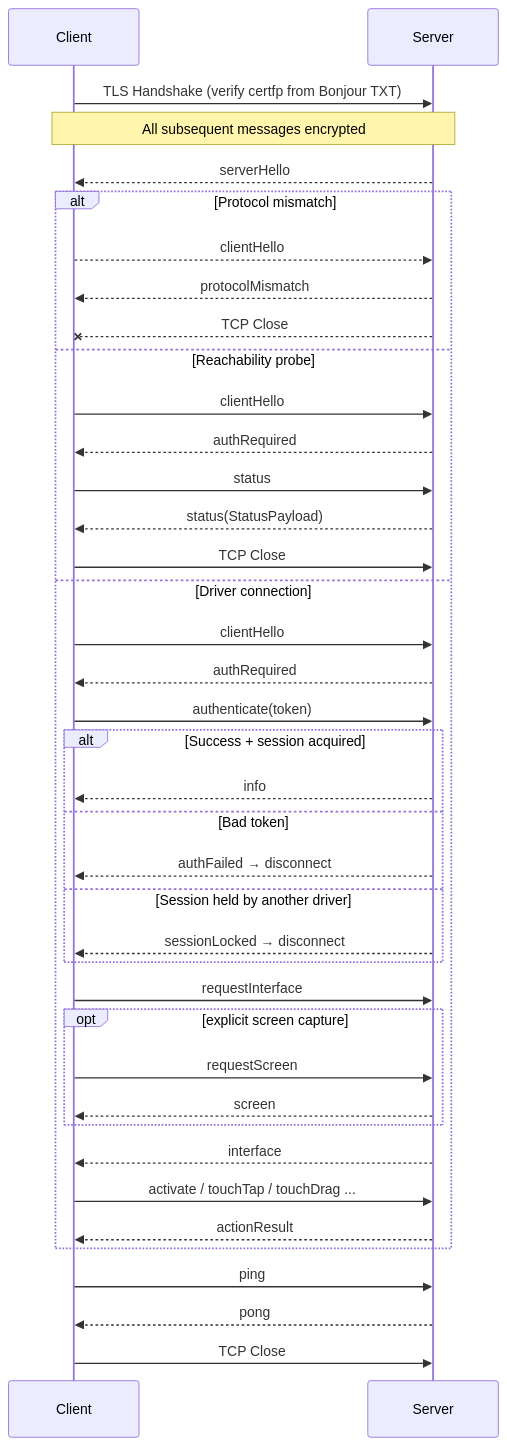
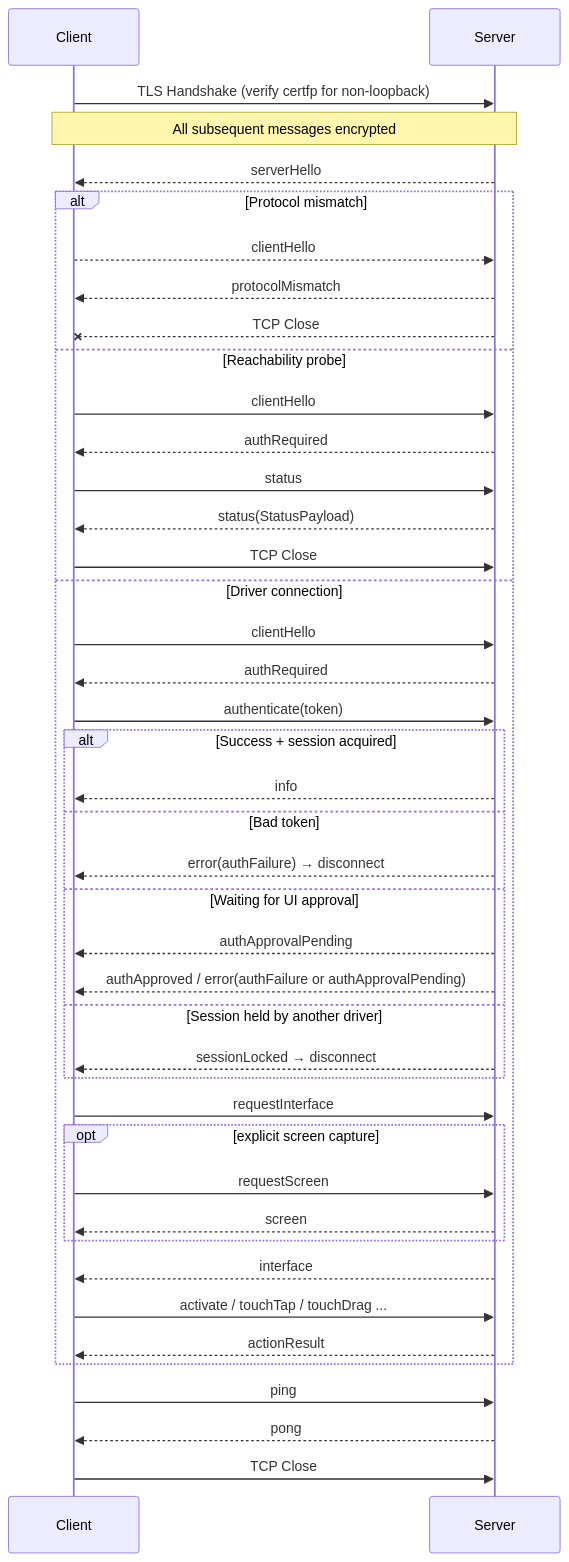
One commit to RoyalPineapple/TheButtonHeist changed the first of 5 diagrams in docs/WIRE-PROTOCOL.md. Above: the diagram before and after it, drawn with Mermaid. The commit also changed other lines of this file and 36 other files, not shown here.

````diff
--- a/docs/WIRE-PROTOCOL.md
+++ b/docs/WIRE-PROTOCOL.md
@@ -51,48 +55,51 @@
 ```mermaid
 sequenceDiagram
     participant Client
     participant Server
 
-    Client->>Server: TLS Handshake (verify certfp from Bonjour TXT)
+    Client->>Server: TLS Handshake (verify certfp for non-loopback)
     Note over Client,Server: All subsequent messages encrypted
     Server-->>Client: serverHello
 
     alt Protocol mismatch
         Client-->>Server: clientHello
         Server-->>Client: protocolMismatch
         Server--xClient: TCP Close
     else Reachability probe
         Client->>Server: clientHello
         Server-->>Client: authRequired
         Client->>Server: status
         Server-->>Client: status(StatusPayload)
         Client->>Server: TCP Close
     else Driver connection
         Client->>Server: clientHello
         Server-->>Client: authRequired
         Client->>Server: authenticate(token)
 
         alt Success + session acquired
             Server-->>Client: info
         else Bad token
-            Server-->>Client: authFailed → disconnect
+            Server-->>Client: error(authFailure) → disconnect
+        else Waiting for UI approval
+            Server-->>Client: authApprovalPending
+            Server-->>Client: authApproved / error(authFailure or authApprovalPending)
         else Session held by another driver
             Server-->>Client: sessionLocked → disconnect
         end
 
         Client->>Server: requestInterface
         opt explicit screen capture
             Client->>Server: requestScreen
             Server-->>Client: screen
         end
         Server-->>Client: interface
 
         Client->>Server: activate / touchTap / touchDrag ...
         Server-->>Client: actionResult
     end
 
     Client->>Server: ping
     Server-->>Client: pong
 
     Client->>Server: TCP Close
 ```
````
